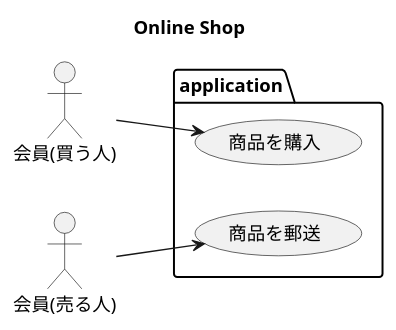
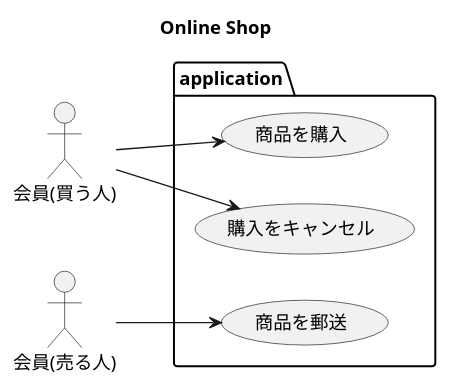
Before and after one commit to genenakagaki/laravel-ddd-demo: the diagram in app/Docs/仕様/usecase.puml, drawn with PlantUML. The commit also changed 6 other files, not shown here.

```diff
--- a/app/Docs/仕様/usecase.puml
+++ b/app/Docs/仕様/usecase.puml
@@ -1,17 +1,19 @@
 @startuml
 title Online Shop
 
 left to right direction
 
 actor "会員(買う人)" as buyer
 actor "会員(売る人)" as seller
 
 package application {
     usecase "商品を購入" as buy
+    usecase "購入をキャンセル" as cancel
     usecase "商品を郵送" as deliver
 }
 
 buyer --> buy
+buyer --> cancel
 seller --> deliver
 
 @enduml
```
